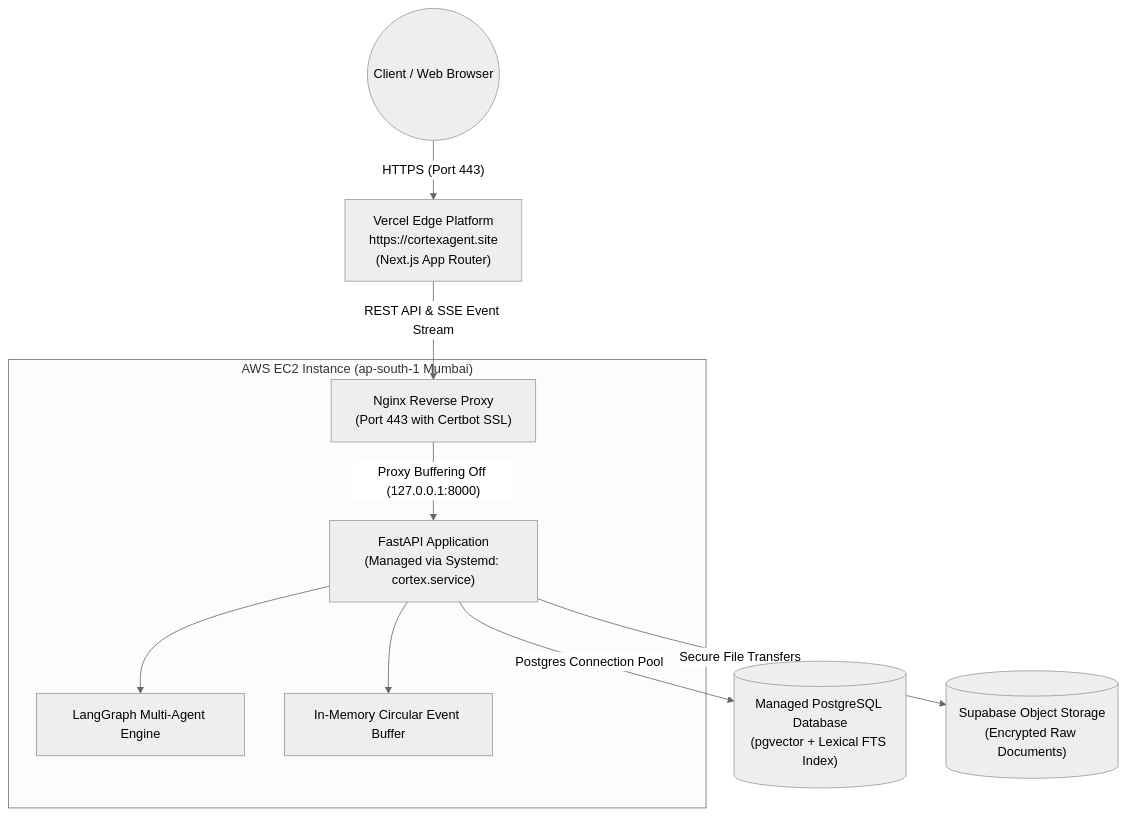
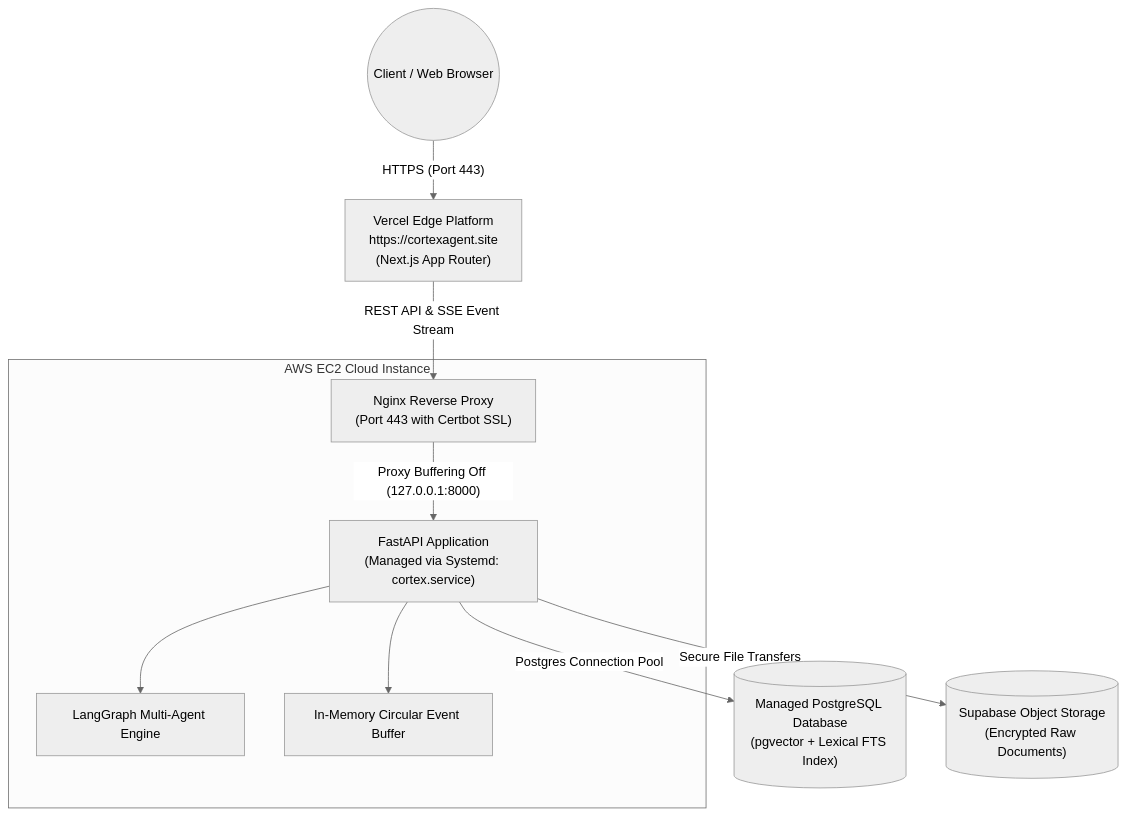
Before and after one commit to Pratham9911/Cortex: the fifth of 5 diagrams in architecture/Readme.md, drawn with Mermaid (neutral theme). The commit also changed other lines of this file, not shown here.

First line of the commit message:
Revise chunking strategy and update architecture details

````diff
--- a/architecture/Readme.md
+++ b/architecture/Readme.md
@@ -261,14 +183,14 @@
 ```mermaid
 flowchart TD
   Client(("Client / Web Browser")) -->|"HTTPS (Port 443)"| Vercel["Vercel Edge Platform\nhttps://cortexagent.site\n(Next.js App Router)"]
   Vercel -->|"REST API & SSE Event Stream"| Nginx["Nginx Reverse Proxy\n(Port 443 with Certbot SSL)"]
 
-  subgraph AWS["AWS EC2 Instance (ap-south-1 Mumbai)"]
+  subgraph AWS["AWS EC2 Cloud Instance"]
     Nginx -->|"Proxy Buffering Off (127.0.0.1:8000)"| FastAPI["FastAPI Application\n(Managed via Systemd: cortex.service)"]
     FastAPI --> LangGraph["LangGraph Multi-Agent Engine"]
     FastAPI --> Buffer["In-Memory Circular Event Buffer"]
   end
 
   FastAPI -->|"Postgres Connection Pool"| DB[("Managed PostgreSQL Database\n(pgvector + Lexical FTS Index)")]
   FastAPI -->|"Secure File Transfers"| Storage[("Supabase Object Storage\n(Encrypted Raw Documents)")]
 ```
````
